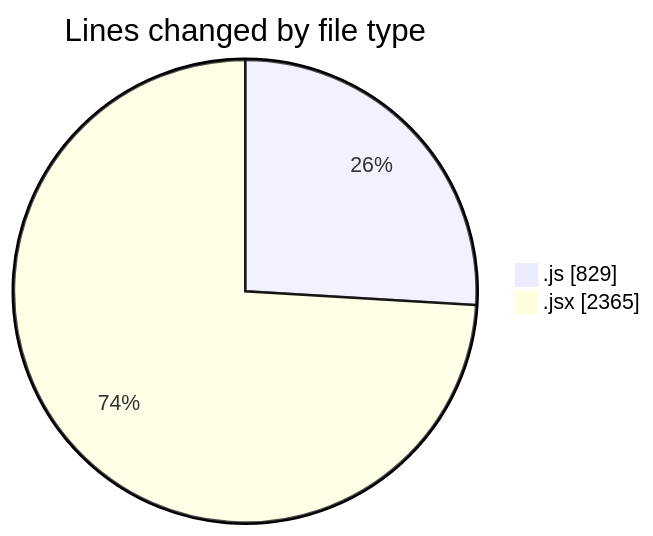
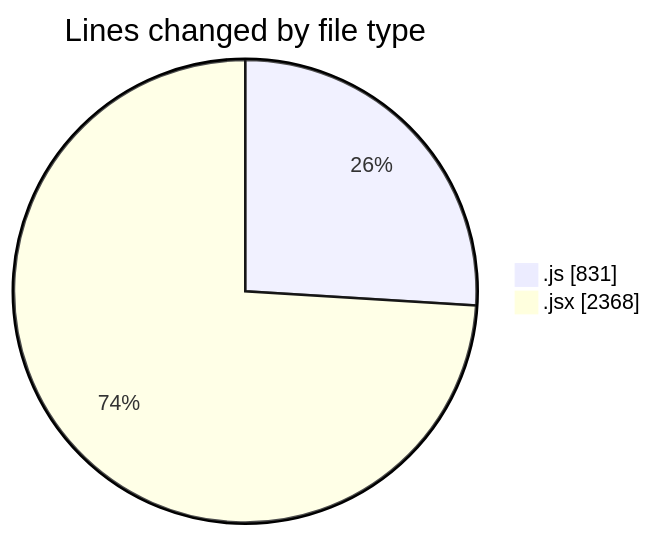
The first of 2 diagrams in 2025-10-29/nxtqube_webapp/README.md (nxtqubesakshisongat/code-tracking), drawn with Mermaid before and after one commit. The commit also changed other lines of this file and 1 other file, not shown here.

````diff
--- a/2025-10-29/nxtqube_webapp/README.md
+++ b/2025-10-29/nxtqube_webapp/README.md
@@ -23,6 +23,6 @@
 ```mermaid
 pie showData
 title Lines changed by file type
-".js" : 829
-".jsx" : 2365
+".js" : 831
+".jsx" : 2368
 ```
````
